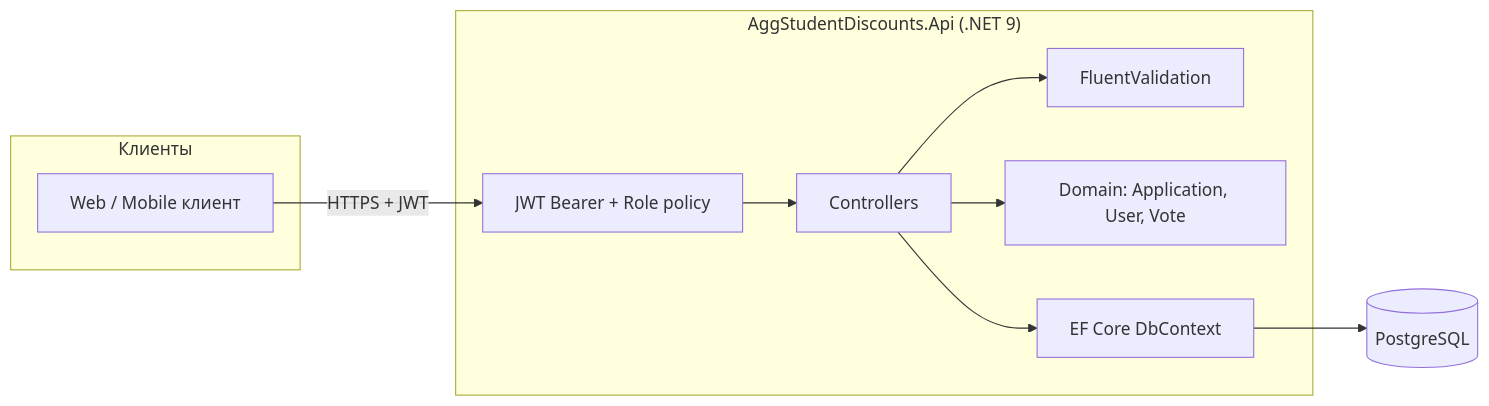
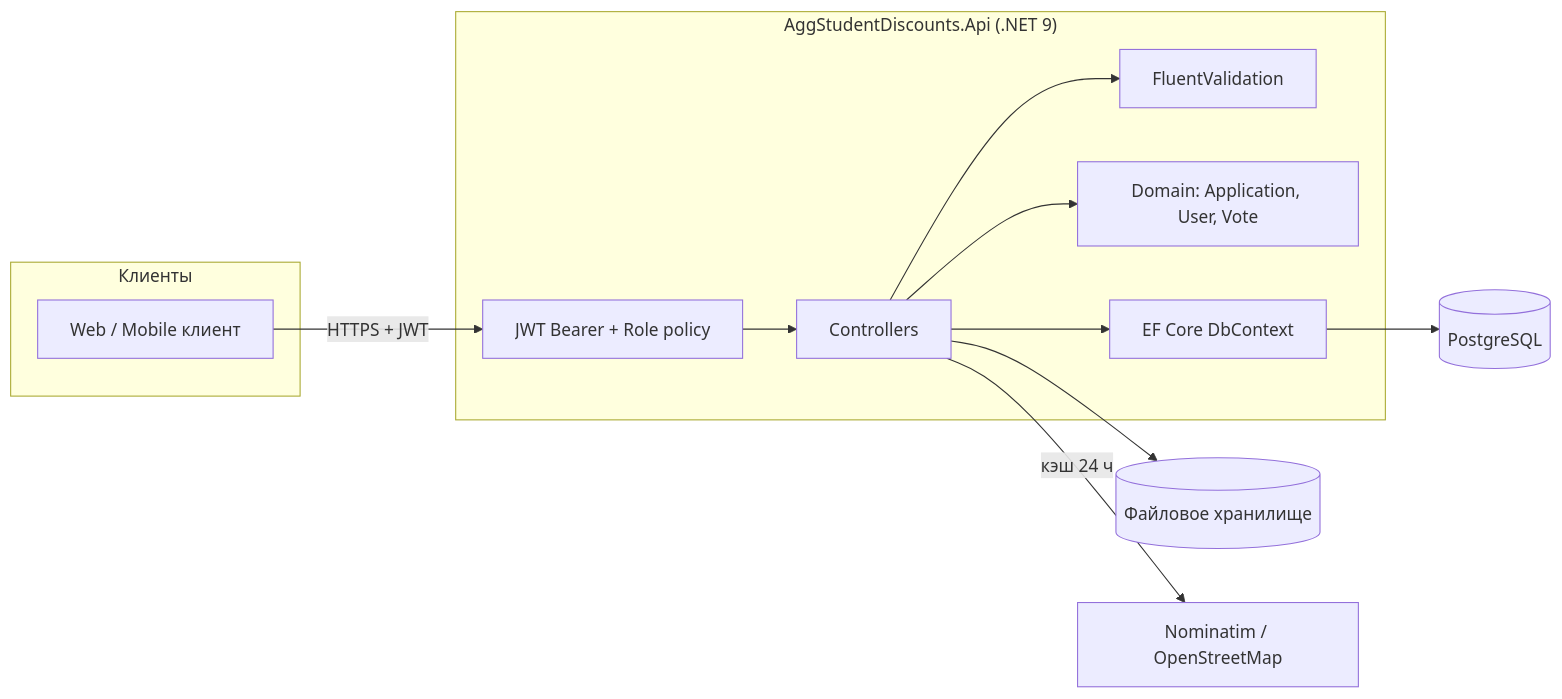
One commit to dwmbff/discount_aggregator changed the sixth of 6 diagrams in docs/04-diagrams.md. Above: the diagram before and after it, drawn with Mermaid. The commit also changed other lines of this file and 45 other files, not shown here.

````diff
--- a/docs/04-diagrams.md
+++ b/docs/04-diagrams.md
@@ -148,15 +169,19 @@
 ```mermaid
 flowchart LR
     subgraph Клиенты
         W[Web / Mobile клиент]
     end
     subgraph Backend["AggStudentDiscounts.Api (.NET 9)"]
         C[Controllers] --> V[FluentValidation]
         C --> D[Domain: Application, User, Vote]
         C --> E[EF Core DbContext]
         A[JWT Bearer + Role policy] --> C
     end
     DB[(PostgreSQL)]
+    FS[(Файловое хранилище)]
+    GEO[Nominatim / OpenStreetMap]
     W -- HTTPS + JWT --> A
     E --> DB
+    C --> FS
+    C -- кэш 24 ч --> GEO
 ```
````
